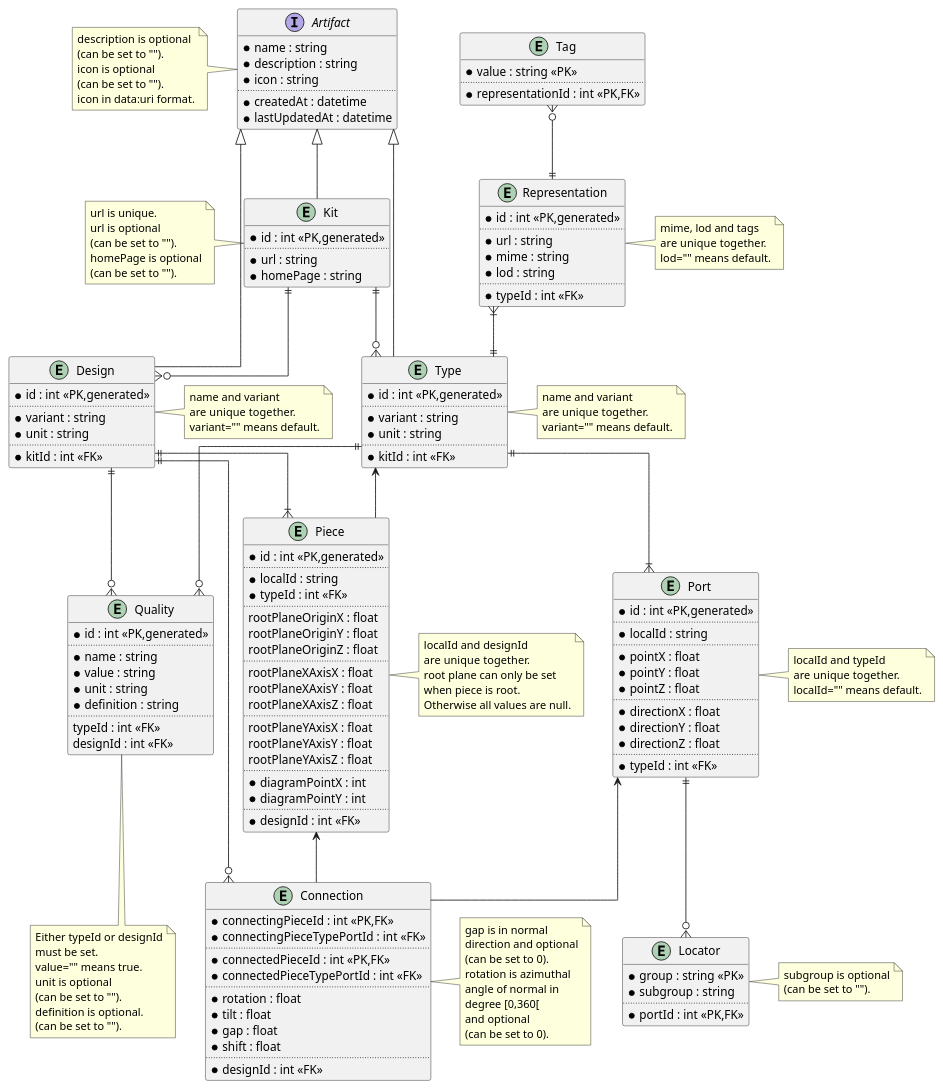
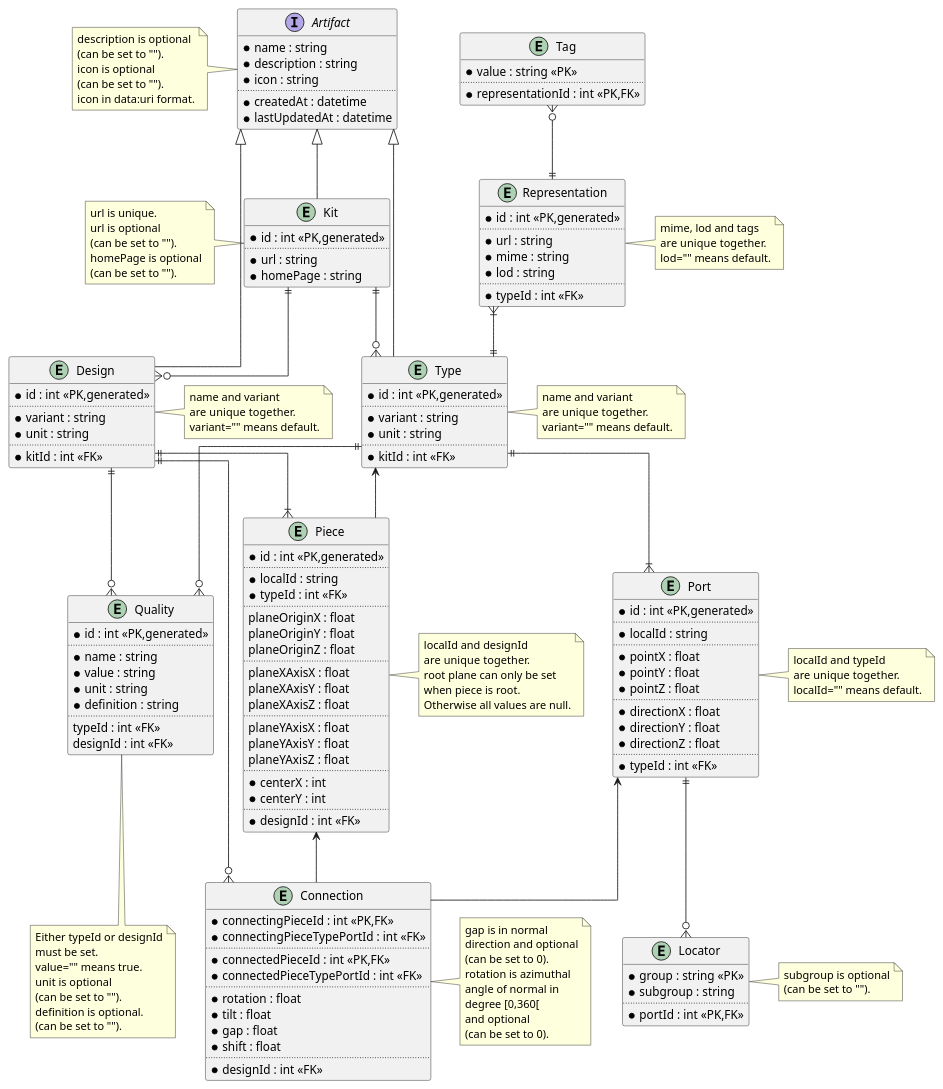
The diagram in engineering/dataarchitecture.pu (usalu/SemIO), drawn with PlantUML before and after one commit. The commit also changed 20 other files, not shown here.

```diff
--- a/engineering/dataarchitecture.pu
+++ b/engineering/dataarchitecture.pu
@@ -125,20 +125,20 @@
     *localId : string
     *typeId : int <<FK>>
     ..
-    rootPlaneOriginX : float
-    rootPlaneOriginY : float
-    rootPlaneOriginZ : float
+    planeOriginX : float
+    planeOriginY : float
+    planeOriginZ : float
     ..
-    rootPlaneXAxisX : float
-    rootPlaneXAxisY : float
-    rootPlaneXAxisZ : float
+    planeXAxisX : float
+    planeXAxisY : float
+    planeXAxisZ : float
     ..
-    rootPlaneYAxisX : float
-    rootPlaneYAxisY : float
-    rootPlaneYAxisZ : float
+    planeYAxisX : float
+    planeYAxisY : float
+    planeYAxisZ : float
     ..
-    *diagramPointX : int
-    *diagramPointY : int
+    *centerX : int
+    *centerY : int
     ..
     *designId : int <<FK>>
 }
```
